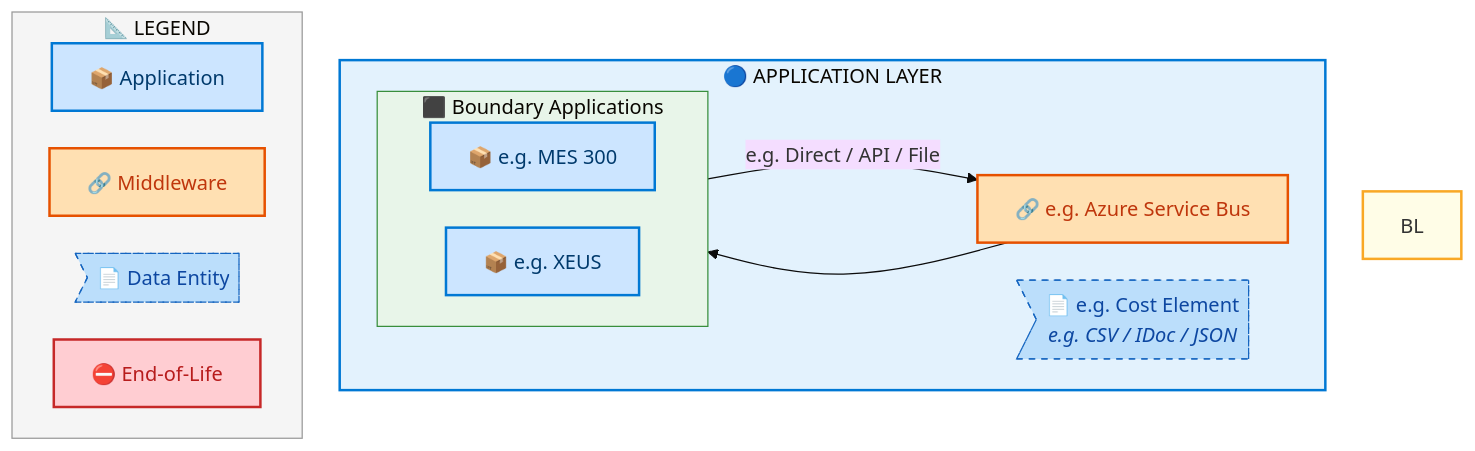
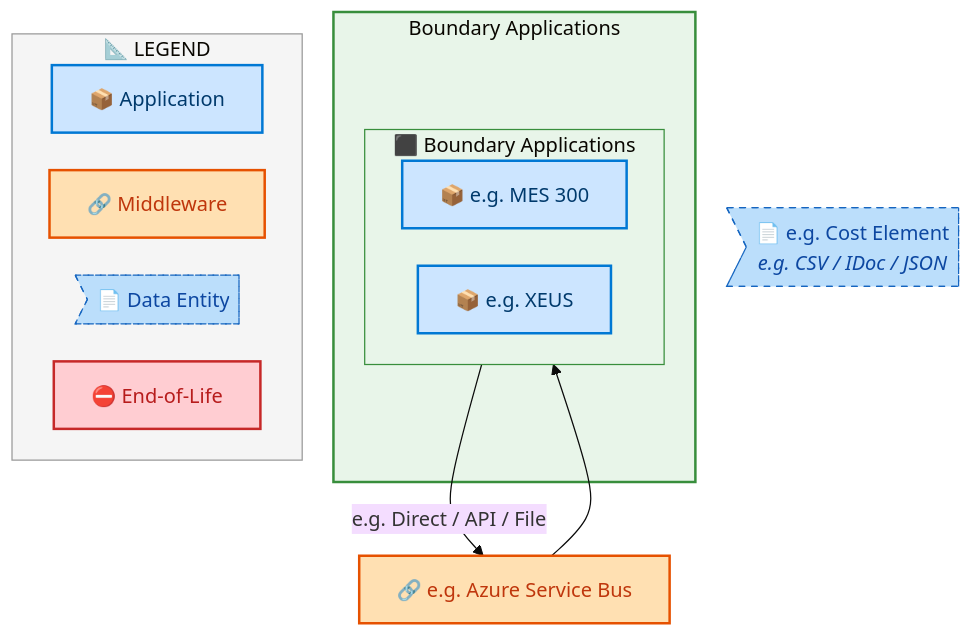
The sixth of 8 diagrams in towers/E2E/Procure to Pay/E2E-103/output/docs/systems-architecture/E2E-103-Architecture.md (sajivfrancis777/IAO-Architecture), drawn with Mermaid before and after one commit. The commit also changed other lines of this file and 106 other files, not shown here.

First line of the commit message:
feat: tier-grouped swim lane layout for architecture diagrams

````diff
--- a/towers/E2E/Procure to Pay/E2E-103/output/docs/systems-architecture/E2E-103-Architecture.md
+++ b/towers/E2E/Procure to Pay/E2E-103/output/docs/systems-architecture/E2E-103-Architecture.md
@@ -642,41 +641,40 @@
 ```mermaid
 %%{init: {"theme": "base", "securityLevel": "loose", "themeVariables": {"fontSize": "16px", "fontFamily": "Segoe UI, Arial, sans-serif"}, "flowchart": {"useMaxWidth": false, "htmlLabels": true, "nodeSpacing": 30, "rankSpacing": 35}} }%%
 flowchart TB
     %% -- ArchiMate 3.2 + Azure style classes --
     classDef business      fill:#FFFFB3,stroke:#F9A825,stroke-width:2px,color:#000
     classDef app           fill:#CCE5FF,stroke:#0078D4,stroke-width:2px,color:#003A6C
     classDef data          fill:#BBDEFB,stroke:#1565C0,stroke-width:1px,color:#0D47A1,stroke-dasharray: 5 5
     classDef middleware    fill:#FFE0B2,stroke:#E65100,stroke-width:2px,color:#BF360C
     classDef eol           fill:#FFCDD2,stroke:#C62828,stroke-width:2px,color:#B71C1C
     classDef saas          fill:#E1BEE7,stroke:#7B1FA2,stroke-width:2px,color:#4A148C
     classDef cloud         fill:#BBDEFB,stroke:#1565C0,stroke-width:2px,color:#0D47A1
     classDef onprem        fill:#C8E6C9,stroke:#2E7D32,stroke-width:2px,color:#1B5E20
 
-    subgraph AL["🔵 APPLICATION LAYER"]
+    subgraph E2E103FT_Boundary_Applications["Boundary Applications"]
         subgraph E2E103FLN_Boundary_Applications[" ⬛ Boundary Applications"]
             direction LR
             E2E103F_e_g_MES_300["📦 e.g. MES 300"]:::app
             E2E103F_e_g_XEUS["📦 e.g. XEUS"]:::app
         end
-        E2E103FMW_e_g_Azure_Service_Bus["🔗 e.g. Azure Service Bus"]:::middleware
-        E2E103FDE_e_g_Cost_Element>"📄 e.g. Cost Element<br/><i>e.g. CSV / IDoc / JSON</i>"]:::data
     end
+
+    E2E103FMW_e_g_Azure_Service_Bus["🔗 e.g. Azure Service Bus"]:::middleware
+    E2E103FDE_e_g_Cost_Element>"📄 e.g. Cost Element<br/><i>e.g. CSV / IDoc / JSON</i>"]:::data
 
     E2E103F_e_g_MES_300 -->|"e.g. Direct / API / File"| E2E103FMW_e_g_Azure_Service_Bus
     E2E103FMW_e_g_Azure_Service_Bus --> E2E103F_e_g_XEUS
 
 
-    style BL fill:#FFFDE7,stroke:#F9A825,stroke-width:2px
-    style AL fill:#E3F2FD,stroke:#0078D4,stroke-width:2px
-
+    style E2E103FT_Boundary_Applications fill:#E8F5E9,stroke:#388E3C,stroke-width:2px
     style E2E103FLN_Boundary_Applications fill:#E8F5E9,stroke:#388E3C,stroke-width:1px
 
     subgraph Legend["📐 LEGEND"]
         direction LR
         L_APP["📦 Application"]:::app
         L_MW["🔗 Middleware"]:::middleware
         L_DE>"📄 Data Entity"]:::data
         L_EOL["⛔ End-of-Life"]:::eol
     end
     style Legend fill:#F5F5F5,stroke:#999,stroke-width:1px
 ```
````
